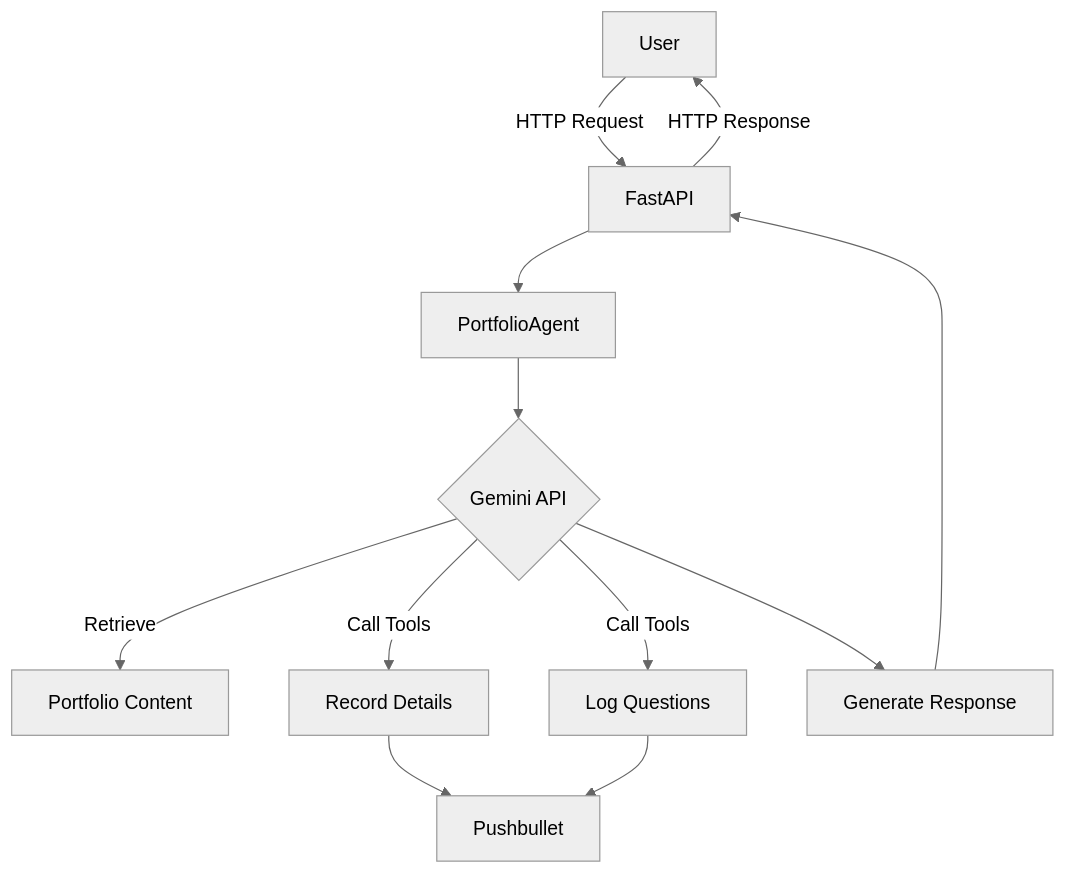
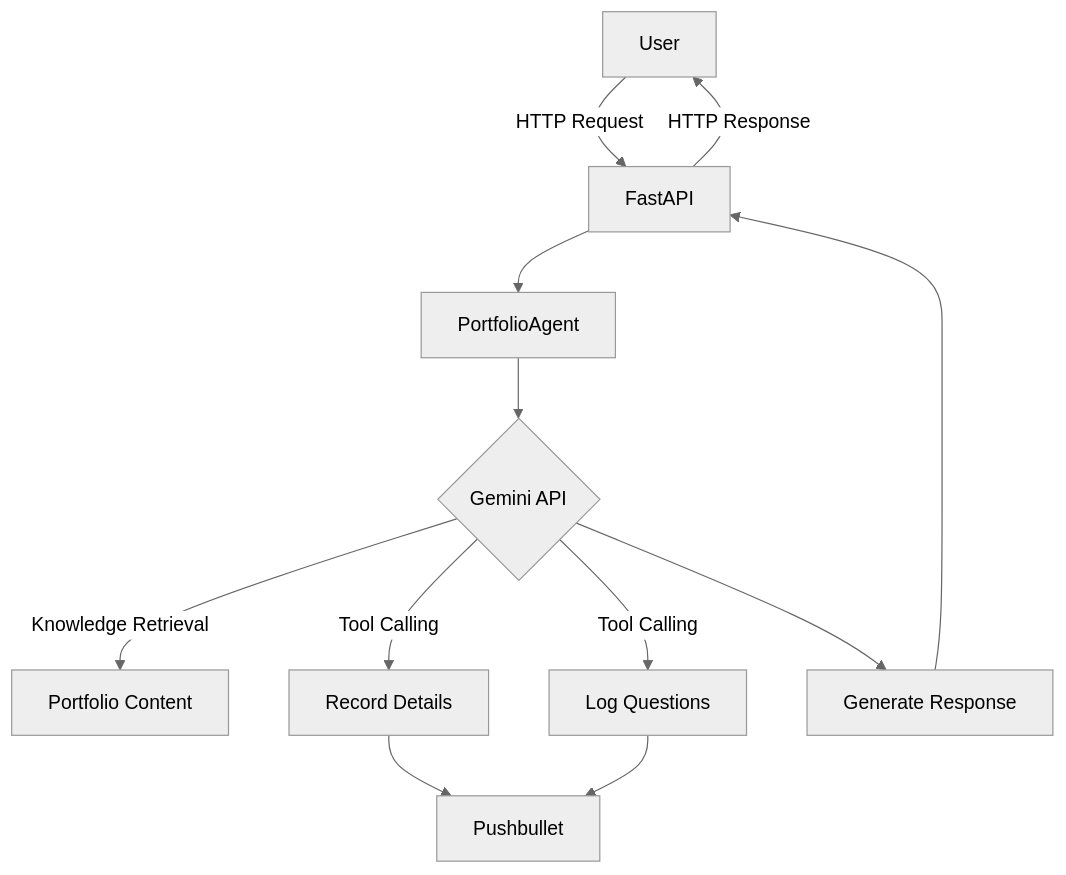
Before and after one commit to PratikNichite/portfolio_assistant_backend: the diagram in README.md, drawn with Mermaid (neutral theme).

Commit message:
update graph in readme

````diff
--- a/README.md
+++ b/README.md
@@ -29,14 +29,14 @@
 ```mermaid
 graph TD
     A[User] -->|HTTP Request| B[FastAPI]
     B --> C[PortfolioAgent]
     C --> D{Gemini API}
-    D -->|Retrieve| E[Portfolio Content]
-    D -->|Call Tools| F[Record Details]
-    D -->|Call Tools| G[Log Questions]
+    D -->|Knowledge Retrieval| E[Portfolio Content]
+    D -->|Tool Calling| F[Record Details]
+    D -->|Tool Calling| G[Log Questions]
     F --> H[Pushbullet]
     G --> H
     D --> I[Generate Response]
     I --> B
     B -->|HTTP Response| A
 ```
````
